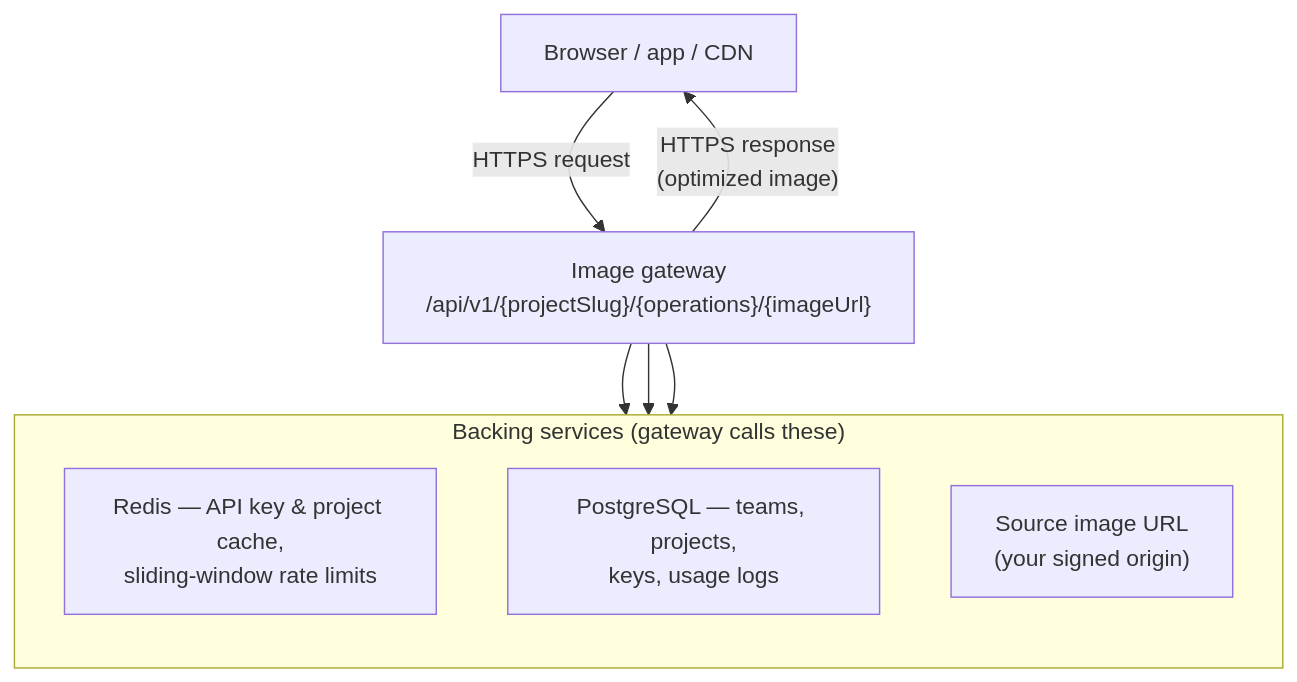
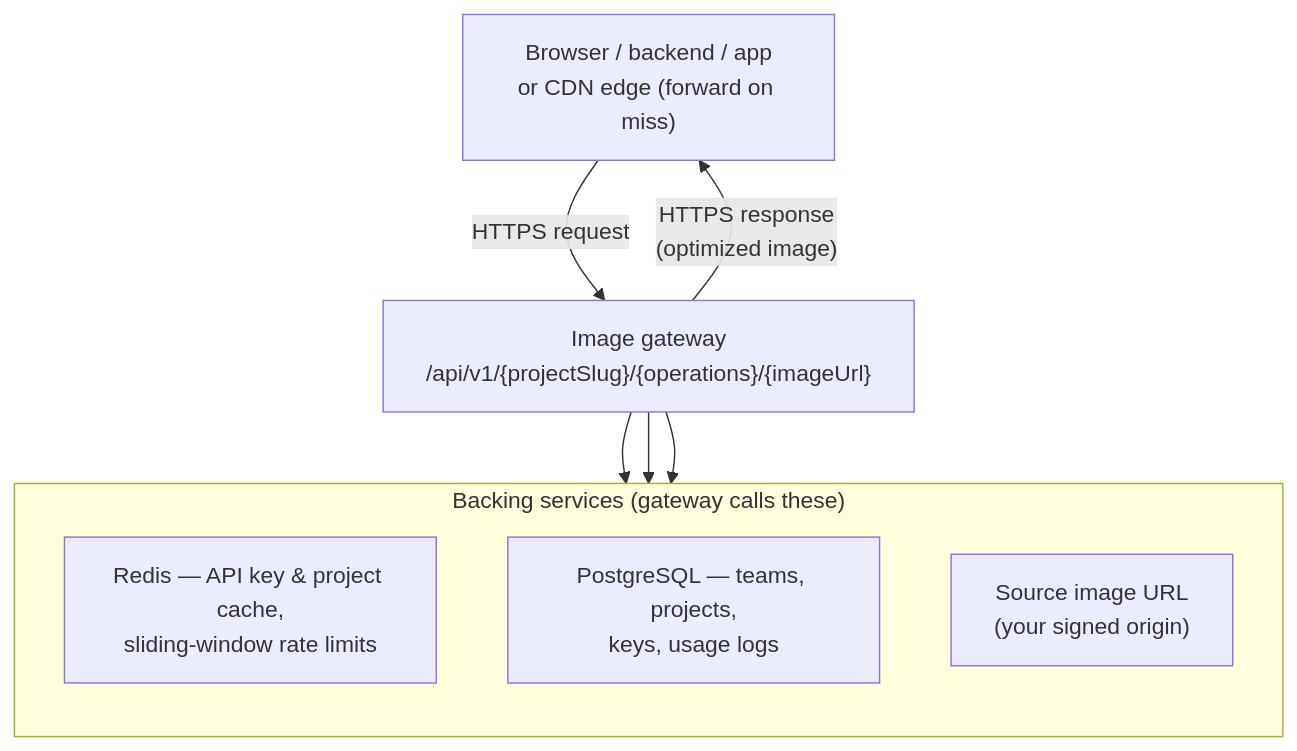
One commit to EricTsai83/optstuff changed the first of 3 diagrams in apps/docs/content/docs/introduction/how-it-works.mdx. Above: the diagram before and after it, drawn with Mermaid. The commit also changed other lines of this file, not shown here.

Commit message:
Enhance 'How It Works' documentation with additional details on HTTP client interactions
This commit updates the 'How It Works' section to clarify the role of various HTTP clients, including browsers, backend applications, and CDN edges in the request flow. The flowchart has been revised to reflect these changes, improving the overall understanding of how requests are processed through the image gateway and the implications of using a CDN.

````diff
--- a/apps/docs/content/docs/introduction/how-it-works.mdx
+++ b/apps/docs/content/docs/introduction/how-it-works.mdx
@@ -14,15 +16,15 @@
 ```mermaid
 flowchart TB
-  Client["Browser / app / CDN"]
+  Client["Browser / backend / app<br/>or CDN edge (forward on miss)"]
   Client -->|"HTTPS request"| Gateway["Image gateway<br/>/api/v1/{projectSlug}/{operations}/{imageUrl}"]
   subgraph Backing["Backing services (gateway calls these)"]
     direction TB
     Redis["Redis — API key & project cache,<br/>sliding-window rate limits"]
     PG["PostgreSQL — teams, projects,<br/>keys, usage logs"]
     Origin["Source image URL<br/>(your signed origin)"]
   end
   Gateway --> Redis
   Gateway --> PG
   Gateway --> Origin
   Gateway -->|"HTTPS response<br/>(optimized image)"| Client
 ```
````
